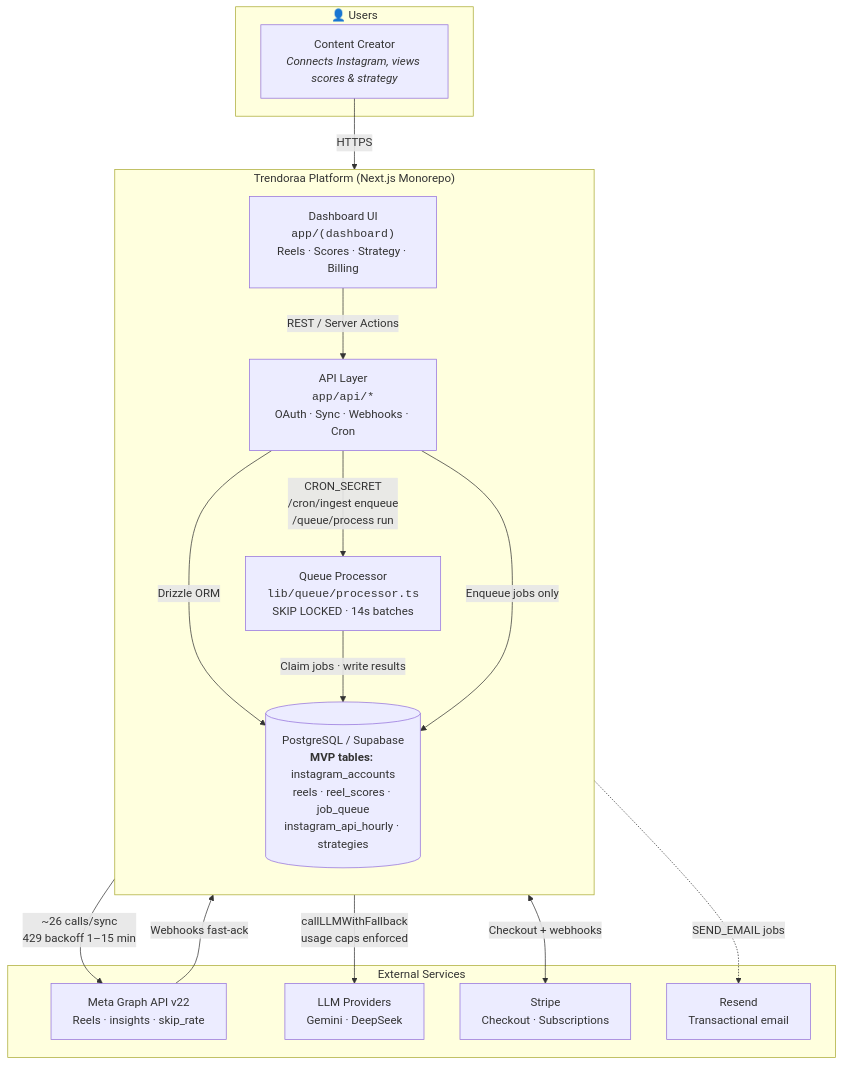
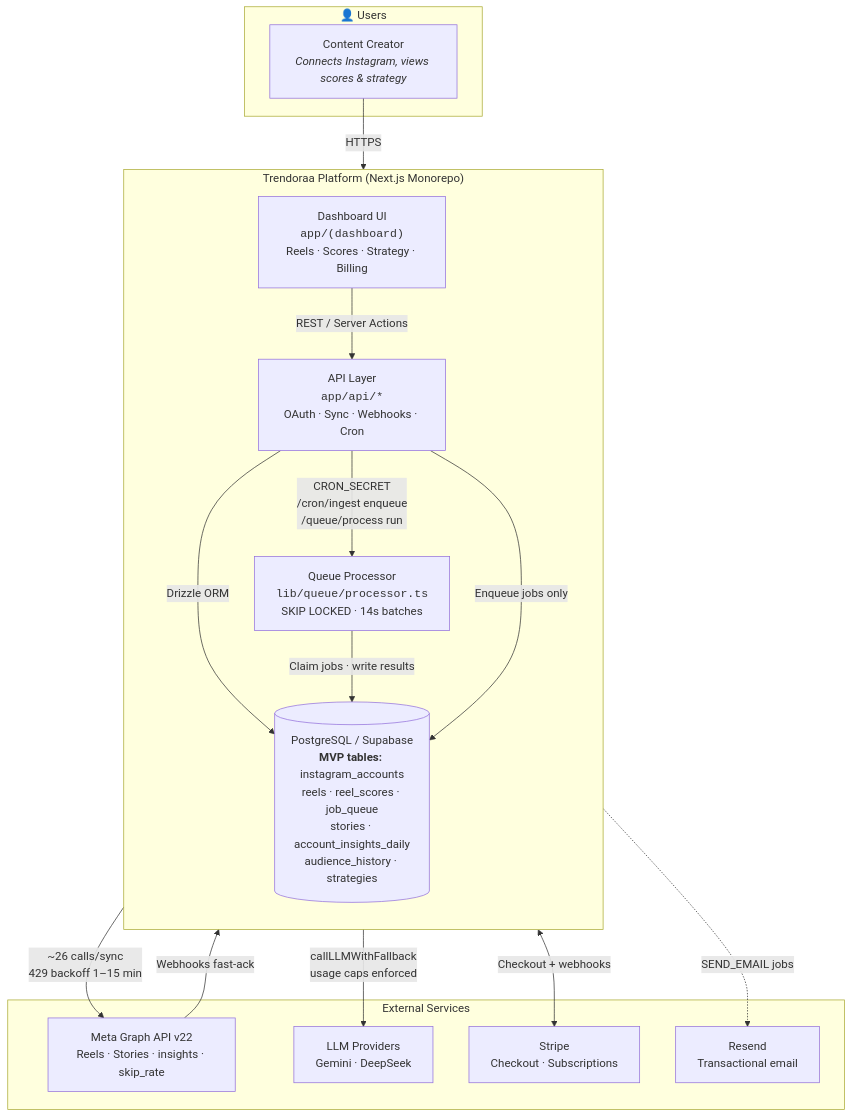
One commit to Jainam2848/ReelMetrics changed the first of 2 diagrams in docs/prd.md. Above: the diagram before and after it, drawn with Mermaid. The commit also changed other lines of this file and 3 other files, not shown here.

````diff
--- a/docs/prd.md
+++ b/docs/prd.md
@@ -76,35 +76,35 @@
 ```mermaid
 flowchart TB
     subgraph People["👤 Users"]
         Creator["Content Creator<br/><i>Connects Instagram, views scores & strategy</i>"]
     end
 
     subgraph Trendoraa["Trendoraa Platform (Next.js Monorepo)"]
         direction TB
         FE["Dashboard UI<br/><code>app/(dashboard)</code><br/>Reels · Scores · Strategy · Billing"]
         API["API Layer<br/><code>app/api/*</code><br/>OAuth · Sync · Webhooks · Cron"]
         Worker["Queue Processor<br/><code>lib/queue/processor.ts</code><br/>SKIP LOCKED · 14s batches"]
-        DB[("PostgreSQL / Supabase<br/><b>MVP tables:</b> instagram_accounts<br/>reels · reel_scores · job_queue<br/>instagram_api_hourly · strategies")]
+        DB[("PostgreSQL / Supabase<br/><b>MVP tables:</b> instagram_accounts<br/>reels · reel_scores · job_queue<br/>stories · account_insights_daily<br/>audience_history · strategies")]
     end
 
     subgraph External["External Services"]
-        Meta["Meta Graph API v22<br/>Reels · insights · skip_rate"]
+        Meta["Meta Graph API v22<br/>Reels · Stories · insights · skip_rate"]
         LLM["LLM Providers<br/>Gemini · DeepSeek"]
         Stripe["Stripe<br/>Checkout · Subscriptions"]
         Resend["Resend<br/>Transactional email"]
     end
 
     Creator -->|"HTTPS"| FE
     FE -->|"REST / Server Actions"| API
     API -->|"Drizzle ORM"| DB
     Worker -->|"Claim jobs · write results"| DB
     API -->|"Enqueue jobs only"| DB
 
     Worker -->|"~26 calls/sync<br/>429 backoff 1–15 min"| Meta
     Worker -->|"callLLMWithFallback<br/>usage caps enforced"| LLM
     API <-->|"Checkout + webhooks"| Stripe
     Worker -.->|"SEND_EMAIL jobs"| Resend
 
     Meta -->|"Webhooks fast-ack"| API
     API -->|"CRON_SECRET<br/>/cron/ingest enqueue<br/>/queue/process run"| Worker
 ```
````
